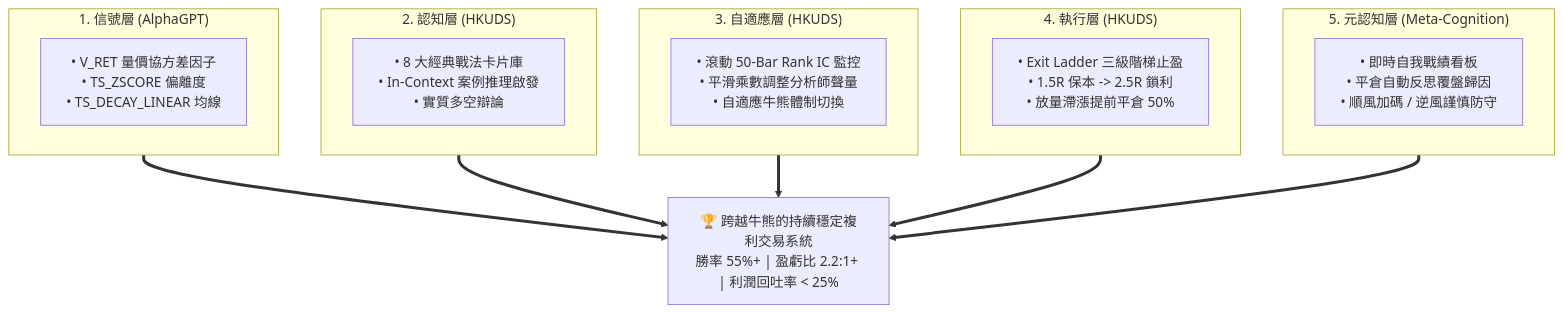
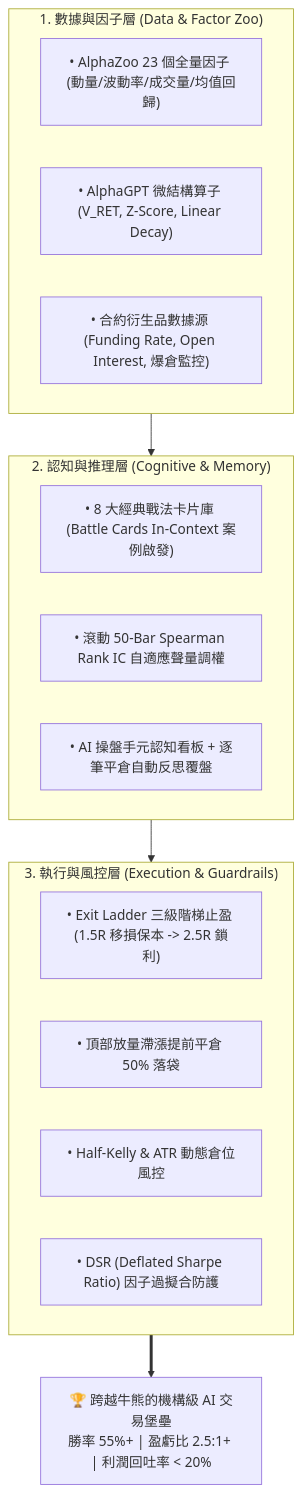
One commit to dimx9173/vibe-trading-encyc changed the first of 4 diagrams in docs/research/vbt-harvested-alpha-expansion-plan.md. Above: the diagram before and after it, drawn with Mermaid. The commit also changed other lines of this file, not shown here.

Commit message:
docs(research): upgrade expansion plan to v1.3.0 with AlphaZoo integration, derivatives layer, and DSR testing

````diff
--- a/docs/research/vbt-harvested-alpha-expansion-plan.md
+++ b/docs/research/vbt-harvested-alpha-expansion-plan.md
@@ -19,24 +19,23 @@
 ```mermaid
 flowchart TD
-    subgraph P1 ["1. 信號層 (AlphaGPT)"]
-        A1["• V_RET 量價協方差因子<br/>• TS_ZSCORE 偏離度<br/>• TS_DECAY_LINEAR 均線"]
+    subgraph Data_Layer ["1. 數據與因子層 (Data & Factor Zoo)"]
+        A1["• AlphaZoo 23 個全量因子 (動量/波動率/成交量/均值回歸)"]
+        A2["• AlphaGPT 微結構算子 (V_RET, Z-Score, Linear Decay)"]
+        A3["• 合約衍生品數據源 (Funding Rate, Open Interest, 爆倉監控)"]
     end
 
-    subgraph P2 ["2. 認知層 (HKUDS)"]
-        B1["• 8 大經典戰法卡片庫<br/>• In-Context 案例推理啟發<br/>• 實質多空辯論"]
+    subgraph Cognitive_Layer ["2. 認知與推理層 (Cognitive & Memory)"]
+        B1["• 8 大經典戰法卡片庫 (Battle Cards In-Context 案例啟發)"]
+        B2["• 滾動 50-Bar Spearman Rank IC 自適應聲量調權"]
+        B3["• AI 操盤手元認知看板 + 逐筆平倉自動反思覆盤"]
     end
 
-    subgraph P3 ["3. 自適應層 (HKUDS)"]
-        C1["• 滾動 50-Bar Rank IC 監控<br/>• 平滑乘數調整分析師聲量<br/>• 自適應牛熊體制切換"]
+    subgraph Execution_Layer ["3. 執行與風控層 (Execution & Guardrails)"]
+        C1["• Exit Ladder 三級階梯止盈 (1.5R 移損保本 -> 2.5R 鎖利)"]
+        C2["• 頂部放量滯漲提前平倉 50% 落袋"]
+        C3["• Half-Kelly & ATR 動態倉位風控"]
+        C4["• DSR (Deflated Sharpe Ratio) 因子過擬合防護"]
     end
 
-    subgraph P4 ["4. 執行層 (HKUDS)"]
-        D1["• Exit Ladder 三級階梯止盈<br/>• 1.5R 保本 -> 2.5R 鎖利<br/>• 放量滯漲提前平倉 50%"]
-    end
-
-    subgraph P5 ["5. 元認知層 (Meta-Cognition)"]
-        E1["• 即時自我戰績看板<br/>• 平倉自動反思覆盤歸因<br/>• 順風加碼 / 逆風謹慎防守"]
-    end
-
-    P1 & P2 & P3 & P4 & P5 ==> HolyGrail["🏆 跨越牛熊的持續穩定複利交易系統<br/>勝率 55%+ | 盈虧比 2.2:1+ | 利潤回吐率 < 25%"]
+    Data_Layer --> Cognitive_Layer --> Execution_Layer ==> UltraAlpha["🏆 跨越牛熊的機構級 AI 交易堡壘<br/>勝率 55%+ | 盈虧比 2.5:1+ | 利潤回吐率 < 20%"]
 ```
````
